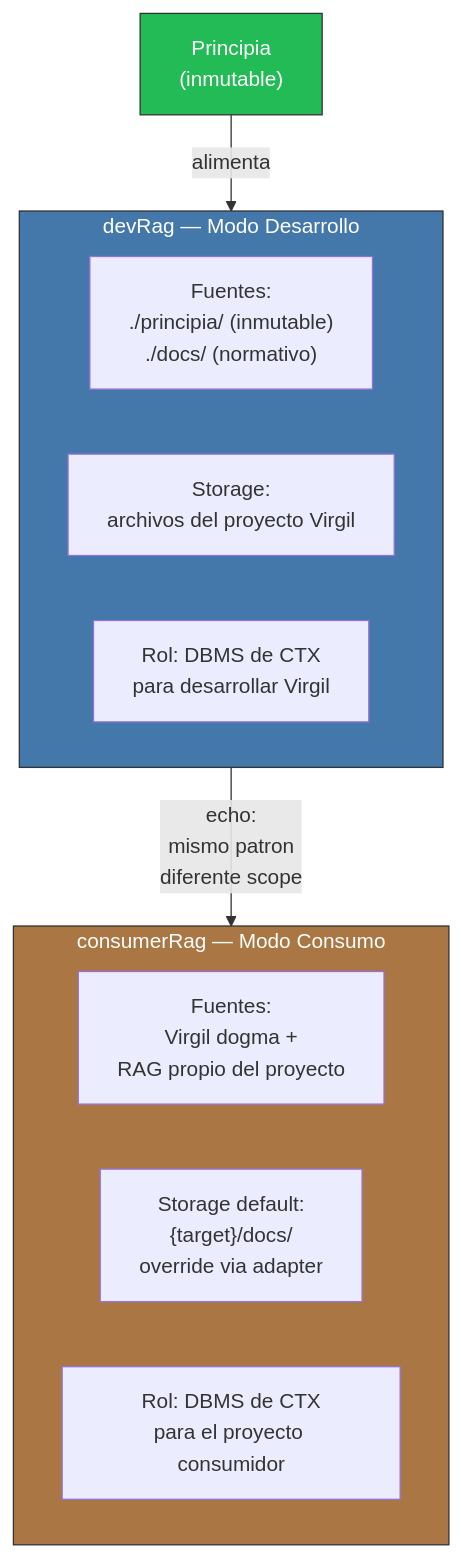
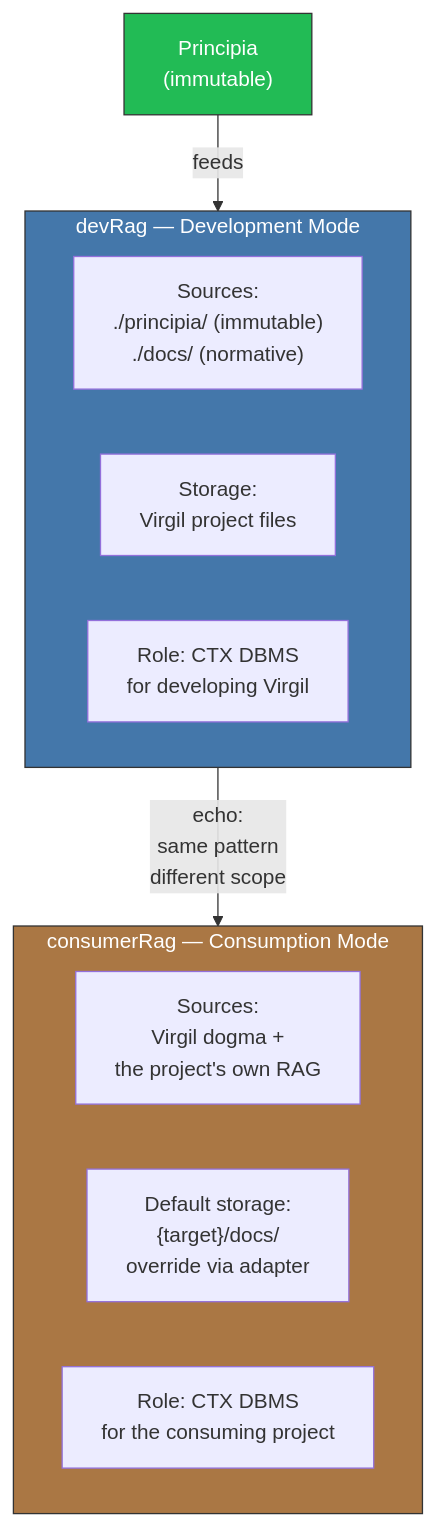
One commit to virgenherrera/virgil changed the diagram in principia/sections/24-rag-dual.md. Above: the diagram before and after it, drawn with Mermaid. The commit also changed other lines of this file and 42 other files, not shown here.

````diff
--- a/principia/sections/24-rag-dual.md
+++ b/principia/sections/24-rag-dual.md
@@ -30,21 +30,21 @@
 ```mermaid
 flowchart TD
-    subgraph DEVRAG["devRag — Modo Desarrollo"]
-        DR_SRC["Fuentes:\n./principia/ (inmutable)\n./docs/ (normativo)"]
-        DR_ST["Storage:\narchivos del proyecto Virgil"]
-        DR_ROL["Rol: DBMS de CTX\npara desarrollar Virgil"]
+    subgraph DEVRAG["devRag — Development Mode"]
+        DR_SRC["Sources:\n./principia/ (immutable)\n./docs/ (normative)"]
+        DR_ST["Storage:\nVirgil project files"]
+        DR_ROL["Role: CTX DBMS\nfor developing Virgil"]
     end
 
-    subgraph CONSRAG["consumerRag — Modo Consumo"]
-        CR_SRC["Fuentes:\nVirgil dogma +\nRAG propio del proyecto"]
-        CR_ST["Storage default:\n{target}/docs/\noverride via adapter"]
-        CR_ROL["Rol: DBMS de CTX\npara el proyecto consumidor"]
+    subgraph CONSRAG["consumerRag — Consumption Mode"]
+        CR_SRC["Sources:\nVirgil dogma +\nthe project's own RAG"]
+        CR_ST["Default storage:\n{target}/docs/\noverride via adapter"]
+        CR_ROL["Role: CTX DBMS\nfor the consuming project"]
     end
 
-    PRINCIPIA["Principia\n(inmutable)"] -->|"alimenta"| DEVRAG
-    DEVRAG -->|"echo:\nmismo patron\ndiferente scope"| CONSRAG
+    PRINCIPIA["Principia\n(immutable)"] -->|"feeds"| DEVRAG
+    DEVRAG -->|"echo:\nsame pattern\ndifferent scope"| CONSRAG
 
     style DEVRAG fill:#47a,stroke:#333,color:#fff
     style CONSRAG fill:#a74,stroke:#333,color:#fff
     style PRINCIPIA fill:#2b5,stroke:#333,color:#fff
 ```
````
